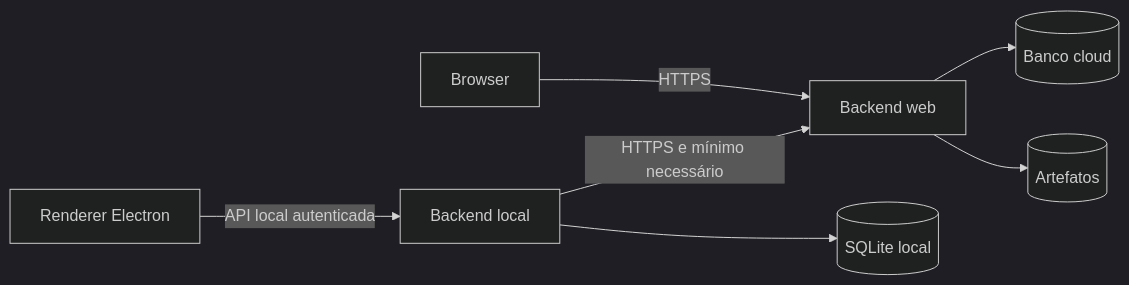
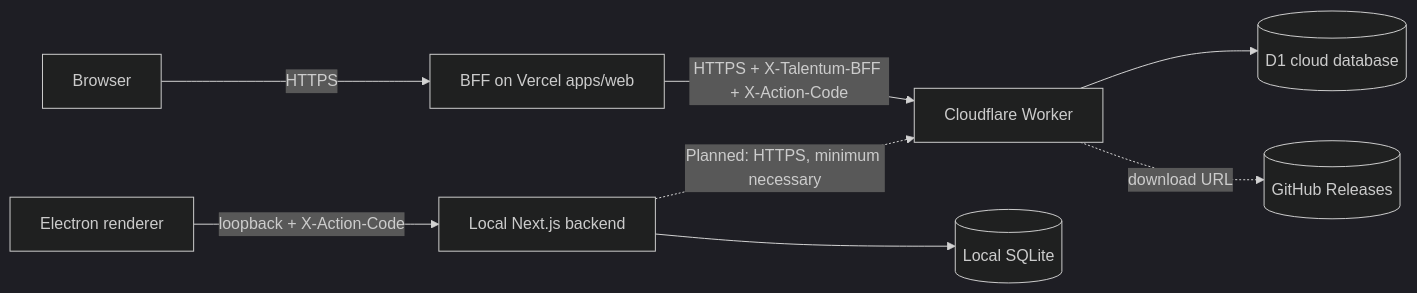
Before and after one commit to luizfelipe-pacifico/talentum: the first of 7 diagrams in docs/ARCHITECTURE.md, drawn with Mermaid (dark theme). The commit also changed other lines of this file and 56 other files, not shown here.

````diff
--- a/docs/ARCHITECTURE.md
+++ b/docs/ARCHITECTURE.md
@@ -18,9 +25,10 @@
 ```mermaid
 flowchart LR
-    B[Browser] -->|HTTPS| WB[Backend web]
-    WB --> CD[(Banco cloud)]
-    WB --> OS[(Artefatos)]
-    EUI[Renderer Electron] -->|API local autenticada| EB[Backend local]
-    EB --> LD[(SQLite local)]
-    EB -->|HTTPS e mínimo necessário| WB
+    B[Browser] -->|HTTPS| BFF[BFF on Vercel apps/web]
+    BFF -->|HTTPS + X-Talentum-BFF + X-Action-Code| W[Cloudflare Worker]
+    W --> CD[(D1 cloud database)]
+    W -.->|download URL| GR[(GitHub Releases)]
+    EUI[Electron renderer] -->|loopback + X-Action-Code| EB[Local Next.js backend]
+    EB --> LD[(Local SQLite)]
+    EB -.->|Planned: HTTPS, minimum necessary| W
 ```
````
